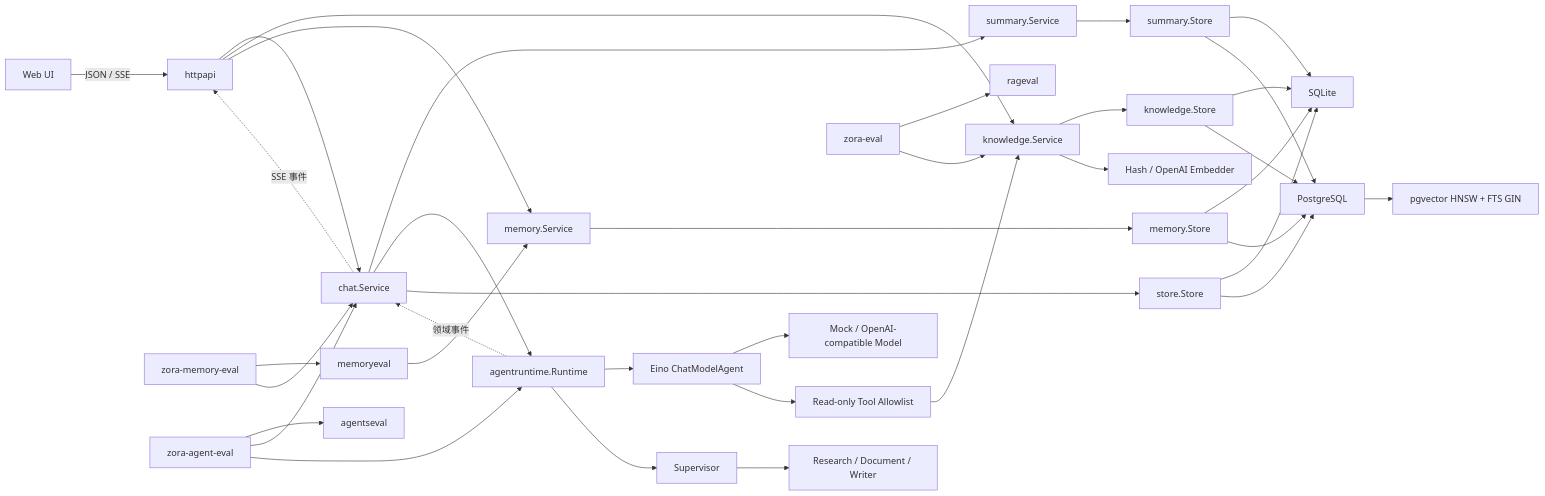
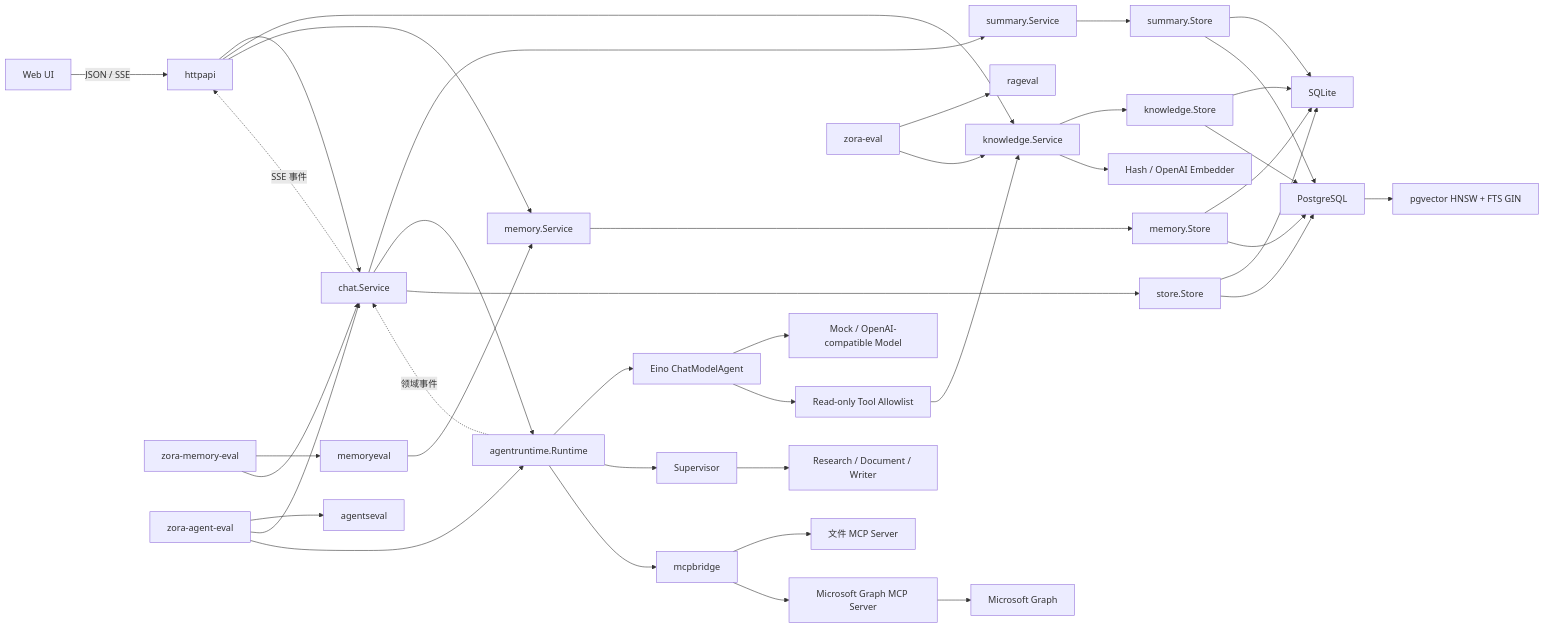
Before and after one commit to zora-DD/zora: the sixth of 6 diagrams in docs/project-analysis.md, drawn with Mermaid. The commit also changed other lines of this file and 16 other files, not shown here.

````diff
--- a/docs/project-analysis.md
+++ b/docs/project-analysis.md
@@ -435,40 +445,44 @@
 ```mermaid
 flowchart LR
     Browser["Web UI"] -->|"JSON / SSE"| HTTP["httpapi"]
     HTTP --> Chat["chat.Service"]
     HTTP --> Knowledge["knowledge.Service"]
     HTTP --> Memory["memory.Service"]
     Chat --> Summary["summary.Service"]
     Chat --> Runtime["agentruntime.Runtime"]
     Runtime --> ADK["Eino ChatModelAgent"]
     ADK --> Model["Mock / OpenAI-compatible Model"]
     ADK --> Tools["Read-only Tool Allowlist"]
     Tools --> Knowledge
     Chat --> Store["store.Store"]
     Knowledge --> KStore["knowledge.Store"]
     Memory --> MStore["memory.Store"]
     Summary --> SStore["summary.Store"]
     Store --> SQLite["SQLite"]
     KStore --> SQLite
     MStore --> SQLite
     SStore --> SQLite
     Store --> PostgreSQL["PostgreSQL"]
     KStore --> PostgreSQL
     MStore --> PostgreSQL
     SStore --> PostgreSQL
     PostgreSQL --> PGVector["pgvector HNSW + FTS GIN"]
     Knowledge --> Embedder["Hash / OpenAI Embedder"]
     EvalCLI["zora-eval"] --> RAGEval["rageval"]
     EvalCLI --> Knowledge
     MemoryEvalCLI["zora-memory-eval"] --> MemoryEval["memoryeval"]
     MemoryEvalCLI --> Chat
     MemoryEval --> Memory
     AgentEvalCLI["zora-agent-eval"] --> AgentEval["agentseval"]
     AgentEvalCLI --> Chat
     AgentEvalCLI --> Runtime
     Runtime --> Supervisor["Supervisor"]
     Supervisor --> Specialists["Research / Document / Writer"]
+    Runtime --> MCPBridge["mcpbridge"]
+    MCPBridge --> MCPFiles["文件 MCP Server"]
+    MCPBridge --> MCPMicrosoft["Microsoft Graph MCP Server"]
+    MCPMicrosoft --> Graph["Microsoft Graph"]
 
     Runtime -. "领域事件" .-> Chat
     Chat -. "SSE 事件" .-> HTTP
 ```
````
